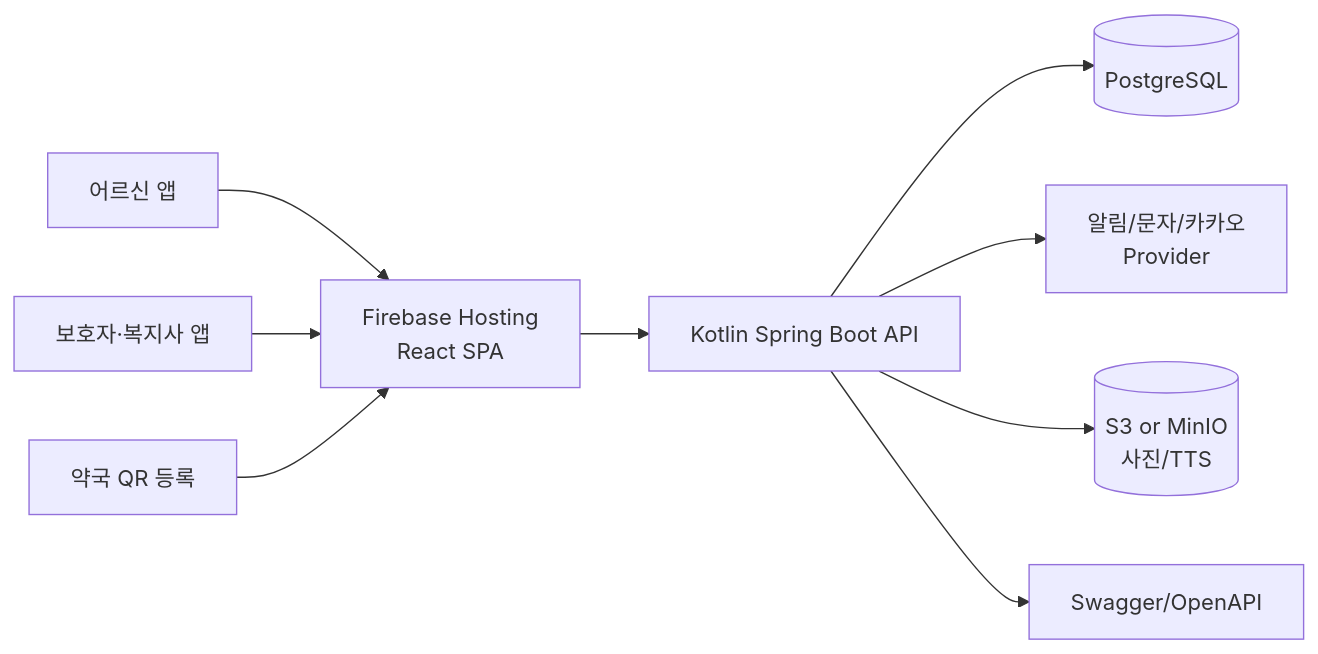
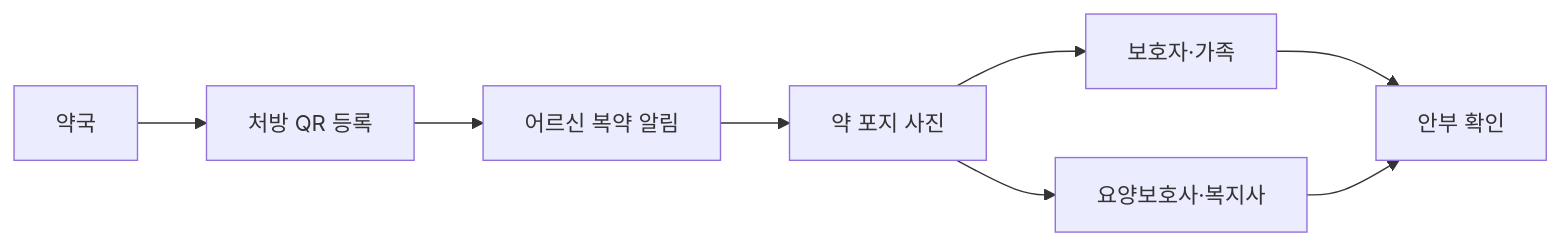
Before and after one commit to TIKI-TAKA-hackathon/.github: the diagram in profile/README.md, drawn with Mermaid. The commit also changed other lines of this file, not shown here.

````diff
--- a/profile/README.md
+++ b/profile/README.md
@@ -131,11 +104,10 @@
 ```mermaid
 graph LR
-    Senior[어르신 앱] --> FE[Firebase Hosting<br/>React SPA]
-    Caregiver[보호자·복지사 앱] --> FE
-    Pharmacy[약국 QR 등록] --> FE
-    FE --> API[Kotlin Spring Boot API]
-    API --> DB[(PostgreSQL)]
-    API --> Notification[알림/문자/카카오<br/>Provider]
-    API --> Storage[(S3 or MinIO<br/>사진/TTS)]
-    API --> Docs[Swagger/OpenAPI]
+    Pharmacy[약국] --> QR[처방 QR 등록]
+    QR --> Senior[어르신 복약 알림]
+    Senior --> Photo[약 포지 사진]
+    Photo --> Caregiver[보호자·가족]
+    Photo --> Worker[요양보호사·복지사]
+    Caregiver --> Check[안부 확인]
+    Worker --> Check
 ```
````
